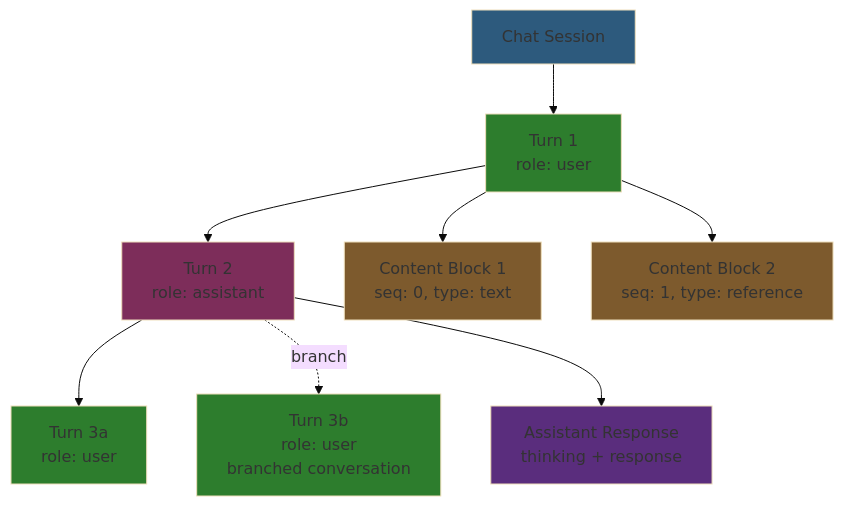
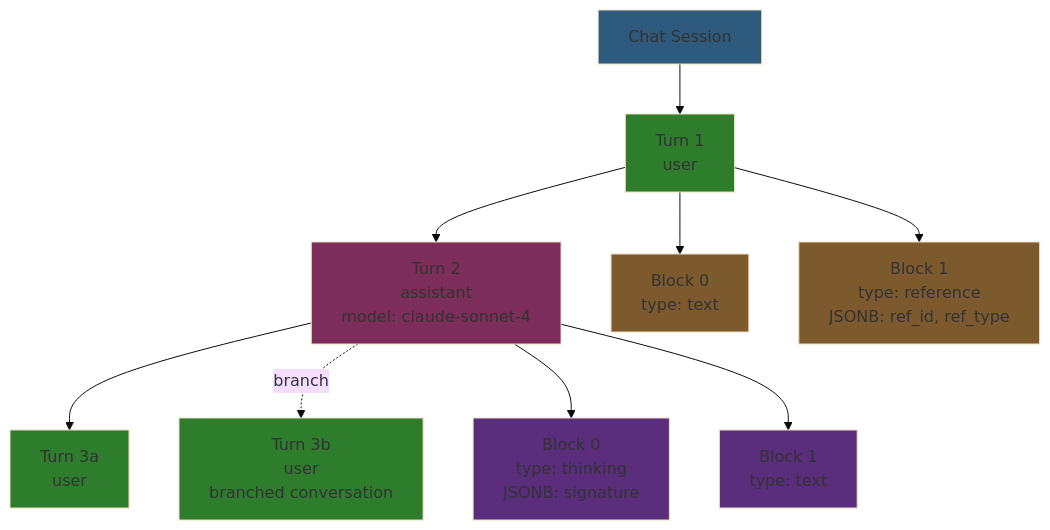
Before and after one commit to haowjy/meridian: the second of 2 diagrams in _docs/technical/backend/database/schema.md, drawn with Mermaid (base theme). The commit also changed other lines of this file and 9 other files, not shown here.

First line of the commit message:
(BACKEND) Implement unified JSONB content blocks schema

````diff
--- a/_docs/technical/backend/database/schema.md
+++ b/_docs/technical/backend/database/schema.md
@@ -209,28 +197,31 @@
 ```mermaid
 graph TB
     chat[Chat Session]
-    turn1[Turn 1<br/>role: user]
-    turn2[Turn 2<br/>role: assistant]
-    turn3a[Turn 3a<br/>role: user]
-    turn3b[Turn 3b<br/>role: user<br/>branched conversation]
-    cb1[Content Block 1<br/>seq: 0, type: text]
-    cb2[Content Block 2<br/>seq: 1, type: reference]
-    ar2[Assistant Response<br/>thinking + response]
+    turn1[Turn 1<br/>user]
+    turn2[Turn 2<br/>assistant<br/>model: claude-sonnet-4]
+    turn3a[Turn 3a<br/>user]
+    turn3b[Turn 3b<br/>user<br/>branched conversation]
+    cb1_text[Block 0<br/>type: text]
+    cb1_ref[Block 1<br/>type: reference<br/>JSONB: ref_id, ref_type]
+    cb2_think[Block 0<br/>type: thinking<br/>JSONB: signature]
+    cb2_text[Block 1<br/>type: text]
 
     chat --> turn1
     turn1 --> turn2
     turn2 --> turn3a
     turn2 -.branch.-> turn3b
-    turn1 --> cb1
-    turn1 --> cb2
-    turn2 --> ar2
+    turn1 --> cb1_text
+    turn1 --> cb1_ref
+    turn2 --> cb2_think
+    turn2 --> cb2_text
 
     style chat fill:#2d5a7d
     style turn1 fill:#2d7d2d
     style turn2 fill:#7d2d5a
     style turn3a fill:#2d7d2d
     style turn3b fill:#2d7d2d
-    style cb1 fill:#7d5a2d
-    style cb2 fill:#7d5a2d
-    style ar2 fill:#5a2d7d
+    style cb1_text fill:#7d5a2d
+    style cb1_ref fill:#7d5a2d
+    style cb2_think fill:#5a2d7d
+    style cb2_text fill:#5a2d7d
 ```
````
